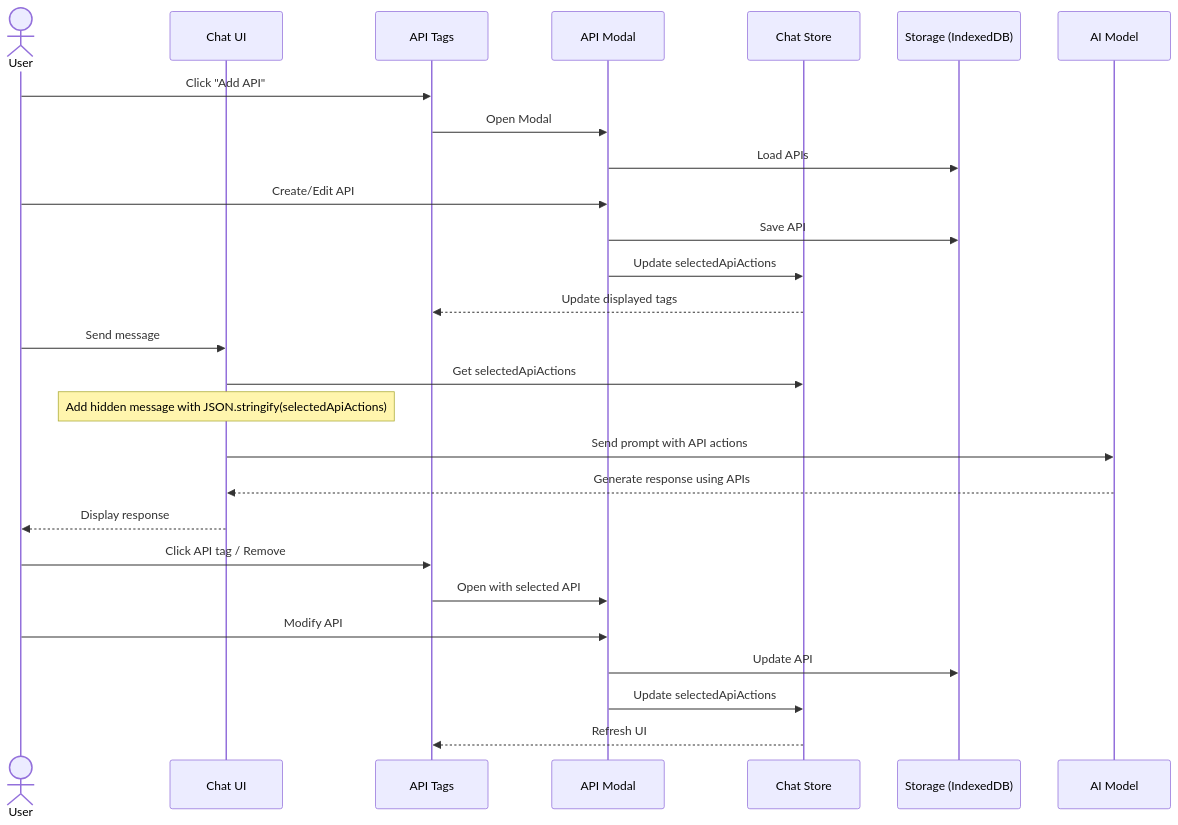
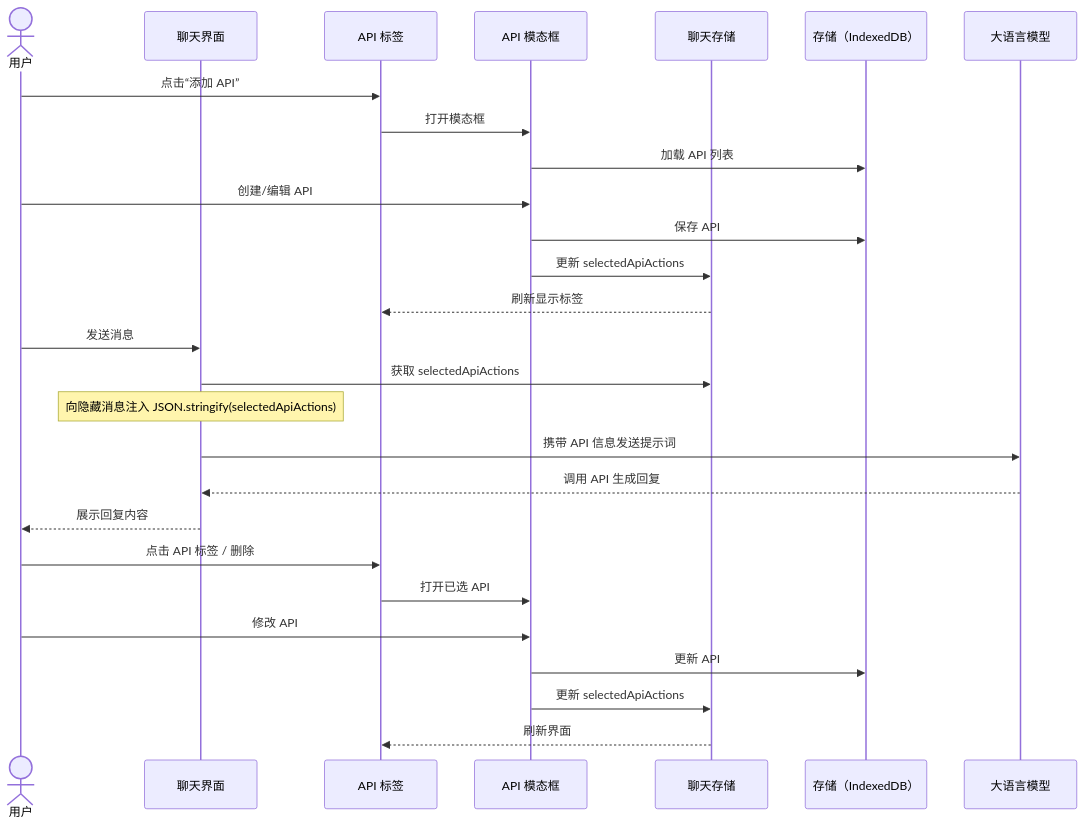
Before and after one commit to JimmyyyChen/thuthesis: the diagram in figures/api_workflow.mmd, drawn with Mermaid. The commit also changed 2 other files, not shown here.

Commit message:
Translate API workflow diagram to Chinese and update corresponding PDF file.

```diff
--- a/figures/api_workflow.mmd
+++ b/figures/api_workflow.mmd
@@ -1,33 +1,33 @@
 sequenceDiagram
-    actor User
-    participant UI as Chat UI
-    participant Tags as API Tags
-    participant Modal as API Modal
-    participant Store as Chat Store
-    participant DB as Storage (IndexedDB)
-    participant LLM as AI Model
+    actor 用户
+    participant UI as 聊天界面
+    participant Tags as API 标签
+    participant Modal as API 模态框
+    participant Store as 聊天存储
+    participant DB as 存储（IndexedDB）
+    participant LLM as 大语言模型
 
-    %% API Management
-    User->>Tags: Click "Add API"
-    Tags->>Modal: Open Modal
-    Modal->>DB: Load APIs
-    User->>Modal: Create/Edit API
-    Modal->>DB: Save API
-    Modal->>Store: Update selectedApiActions
-    Store-->>Tags: Update displayed tags
+    %% API 管理
+    用户->>Tags: 点击“添加 API”
+    Tags->>Modal: 打开模态框
+    Modal->>DB: 加载 API 列表
+    用户->>Modal: 创建/编辑 API
+    Modal->>DB: 保存 API
+    Modal->>Store: 更新 selectedApiActions
+    Store-->>Tags: 刷新显示标签
 
-    %% Using in Chat
-    User->>UI: Send message
-    UI->>Store: Get selectedApiActions
-    Note over UI: Add hidden message with JSON.stringify(selectedApiActions)
-    UI->>LLM: Send prompt with API actions
-    LLM-->>UI: Generate response using APIs
-    UI-->>User: Display response
+    %% 聊天调用
+    用户->>UI: 发送消息
+    UI->>Store: 获取 selectedApiActions
+    Note over UI: 向隐藏消息注入 JSON.stringify(selectedApiActions)
+    UI->>LLM: 携带 API 信息发送提示词
+    LLM-->>UI: 调用 API 生成回复
+    UI-->>用户: 展示回复内容
 
-    %% Editing/Removing
-    User->>Tags: Click API tag / Remove
-    Tags->>Modal: Open with selected API
-    User->>Modal: Modify API
-    Modal->>DB: Update API
-    Modal->>Store: Update selectedApiActions
-    Store-->>Tags: Refresh UI 
+    %% 编辑/删除
+    用户->>Tags: 点击 API 标签 / 删除
+    Tags->>Modal: 打开已选 API
+    用户->>Modal: 修改 API
+    Modal->>DB: 更新 API
+    Modal->>Store: 更新 selectedApiActions
+    Store-->>Tags: 刷新界面
```
